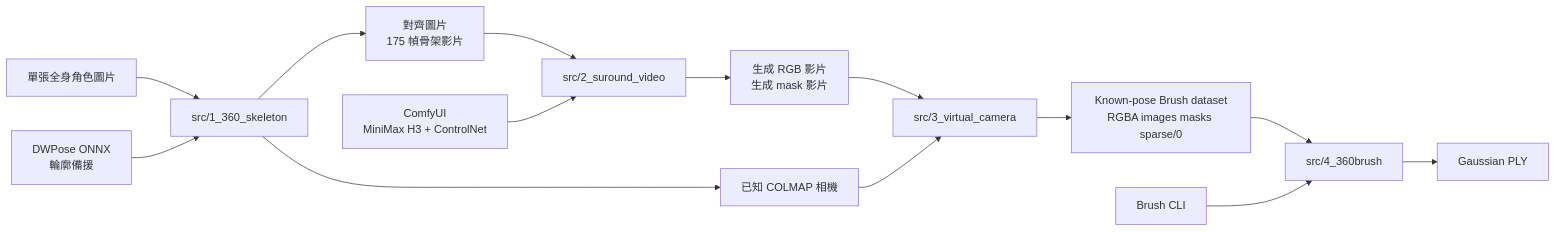
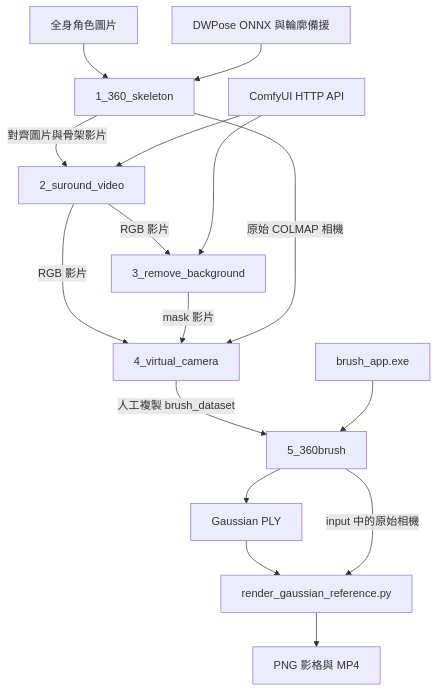
Before and after one commit to gkwang4912/VideoSplat: the first of 3 diagrams in README.md, drawn with Mermaid. The commit also changed other lines of this file and 23 other files, not shown here.

Commit message:
V2 update: split 'generate video' and'remove_background' to two diffreant workflow fix the error when brush doing 3DGS, it can now generate the right .ply file now

````diff
--- a/README.md
+++ b/README.md
@@ -41,16 +42,18 @@
 ```mermaid
-flowchart LR
-    IMG[單張全身角色圖片] --> S1[src/1_360_skeleton]
-    DW[DWPose ONNX<br/>輪廓備援] --> S1
-    S1 --> CTRL[對齊圖片<br/>175 幀骨架影片]
-    S1 --> CAM[已知 COLMAP 相機]
-    CTRL --> S2[src/2_suround_video]
-    CF[ComfyUI<br/>MiniMax H3 + ControlNet] --> S2
-    S2 --> VID[生成 RGB 影片<br/>生成 mask 影片]
-    VID --> S3[src/3_virtual_camera]
-    CAM --> S3
-    S3 --> DATA[Known-pose Brush dataset<br/>RGBA images masks sparse/0]
-    DATA --> S4[src/4_360brush]
-    BR[Brush CLI] --> S4
-    S4 --> PLY[Gaussian PLY]
+flowchart TB
+    Image["全身角色圖片"] --> S1["1_360_skeleton"]
+    Models["DWPose ONNX 與輪廓備援"] --> S1
+    S1 -->|"對齊圖片與骨架影片"| S2["2_suround_video"]
+    Comfy["ComfyUI HTTP API"] --> S2
+    S2 -->|"RGB 影片"| S3["3_remove_background"]
+    Comfy --> S3
+    S2 -->|"RGB 影片"| S4["4_virtual_camera"]
+    S3 -->|"mask 影片"| S4
+    S1 -->|"原始 COLMAP 相機"| S4
+    S4 -->|"人工複製 brush_dataset"| S5["5_360brush"]
+    Brush["brush_app.exe"] --> S5
+    S5 --> PLY["Gaussian PLY"]
+    PLY --> Render["render_gaussian_reference.py"]
+    S5 -->|"input 中的原始相機"| Render
+    Render --> Video["PNG 影格與 MP4"]
 ```
````
